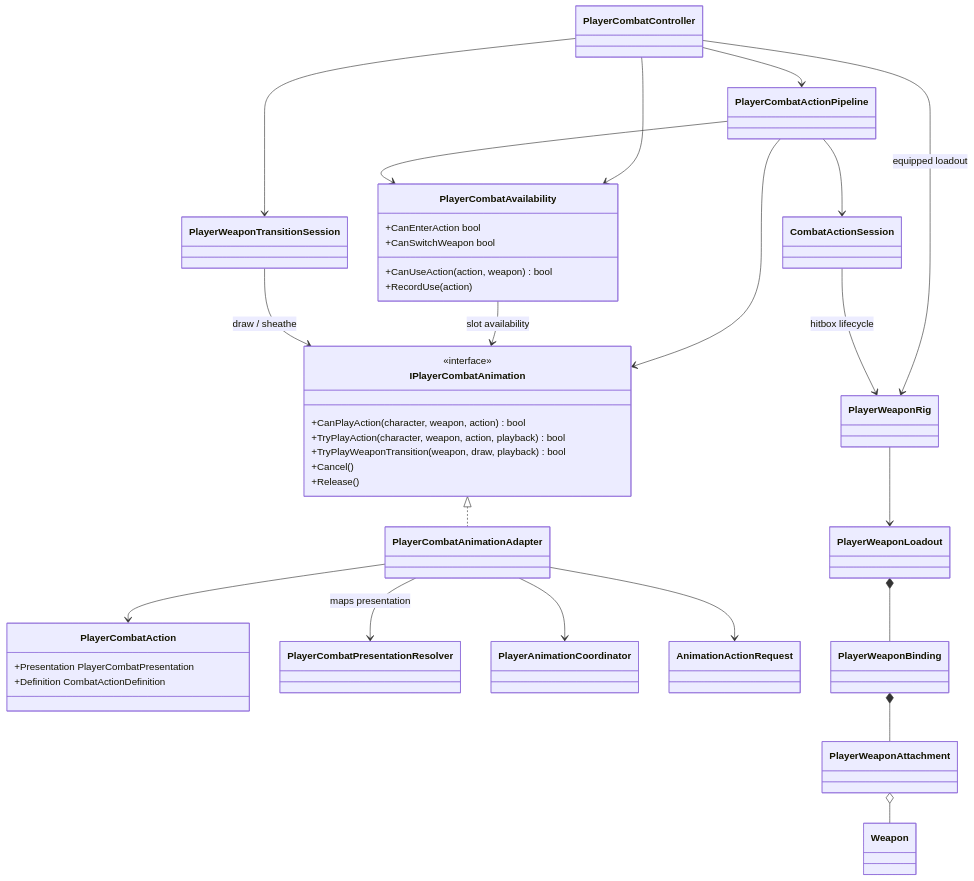
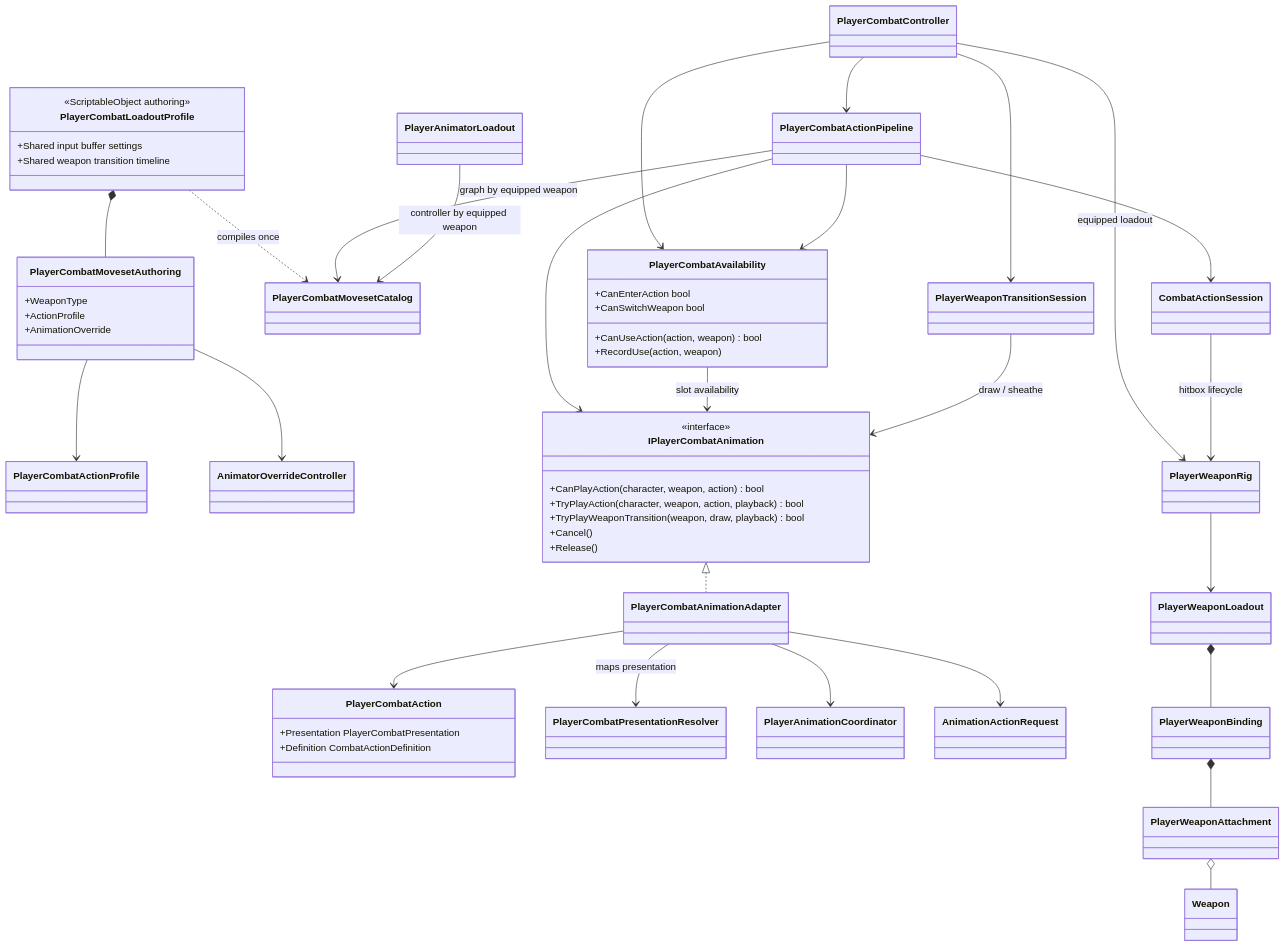
One commit to MaximFonariuc/project-s changed the diagram in Assets/_App/Core/Runtime/Combat/Player/README.md. Above: the diagram before and after it, drawn with Mermaid. The commit also changed other lines of this file and 19 other files, not shown here.

Commit message:
feat(combat): add weapon moveset loadout

````diff
--- a/Assets/_App/Core/Runtime/Combat/Player/README.md
+++ b/Assets/_App/Core/Runtime/Combat/Player/README.md
@@ -7,54 +7,74 @@
 ```mermaid
 classDiagram
     class PlayerCombatController
     class PlayerCombatActionPipeline
+    class PlayerCombatLoadoutProfile {
+        <<ScriptableObject authoring>>
+        +Shared input buffer settings
+        +Shared weapon transition timeline
+    }
+    class PlayerCombatMovesetAuthoring {
+        +WeaponType
+        +ActionProfile
+        +AnimationOverride
+    }
+    class PlayerCombatMovesetCatalog
+    class PlayerCombatActionProfile
+    class PlayerAnimatorLoadout
+    class AnimatorOverrideController
     class CombatActionSession
     class PlayerWeaponTransitionSession
     class PlayerCombatAvailability {
         +CanEnterAction bool
         +CanSwitchWeapon bool
         +CanUseAction(action, weapon) bool
-        +RecordUse(action)
+        +RecordUse(action, weapon)
     }
     class IPlayerCombatAnimation {
         <<interface>>
         +CanPlayAction(character, weapon, action) bool
         +TryPlayAction(character, weapon, action, playback) bool
         +TryPlayWeaponTransition(weapon, draw, playback) bool
         +Cancel()
         +Release()
     }
     class PlayerCombatAction {
         +Presentation PlayerCombatPresentation
         +Definition CombatActionDefinition
     }
     class PlayerCombatAnimationAdapter
     class PlayerCombatPresentationResolver
     class PlayerAnimationCoordinator
     class AnimationActionRequest
     class PlayerWeaponRig
     class PlayerWeaponLoadout
     class PlayerWeaponBinding
     class PlayerWeaponAttachment
     class Weapon
 
     PlayerCombatController --> PlayerCombatActionPipeline
+    PlayerCombatLoadoutProfile *-- PlayerCombatMovesetAuthoring
+    PlayerCombatMovesetAuthoring --> PlayerCombatActionProfile
+    PlayerCombatMovesetAuthoring --> AnimatorOverrideController
+    PlayerCombatLoadoutProfile ..> PlayerCombatMovesetCatalog : compiles once
+    PlayerCombatActionPipeline --> PlayerCombatMovesetCatalog : graph by equipped weapon
+    PlayerAnimatorLoadout --> PlayerCombatMovesetCatalog : controller by equipped weapon
     PlayerCombatActionPipeline --> IPlayerCombatAnimation
     PlayerCombatActionPipeline --> CombatActionSession
     PlayerCombatController --> PlayerWeaponTransitionSession
     PlayerCombatController --> PlayerCombatAvailability
     IPlayerCombatAnimation <|.. PlayerCombatAnimationAdapter
     PlayerCombatAnimationAdapter --> PlayerCombatAction
     PlayerCombatAnimationAdapter --> PlayerCombatPresentationResolver : maps presentation
     PlayerCombatAvailability --> IPlayerCombatAnimation : slot availability
     PlayerWeaponTransitionSession --> IPlayerCombatAnimation : draw / sheathe
     PlayerCombatAnimationAdapter --> PlayerAnimationCoordinator
     PlayerCombatAnimationAdapter --> AnimationActionRequest
     PlayerCombatActionPipeline --> PlayerCombatAvailability
     PlayerCombatController --> PlayerWeaponRig : equipped loadout
     CombatActionSession --> PlayerWeaponRig : hitbox lifecycle
     PlayerWeaponRig --> PlayerWeaponLoadout
     PlayerWeaponLoadout *-- PlayerWeaponBinding
     PlayerWeaponBinding *-- PlayerWeaponAttachment
     PlayerWeaponAttachment o-- Weapon
 ```
````
